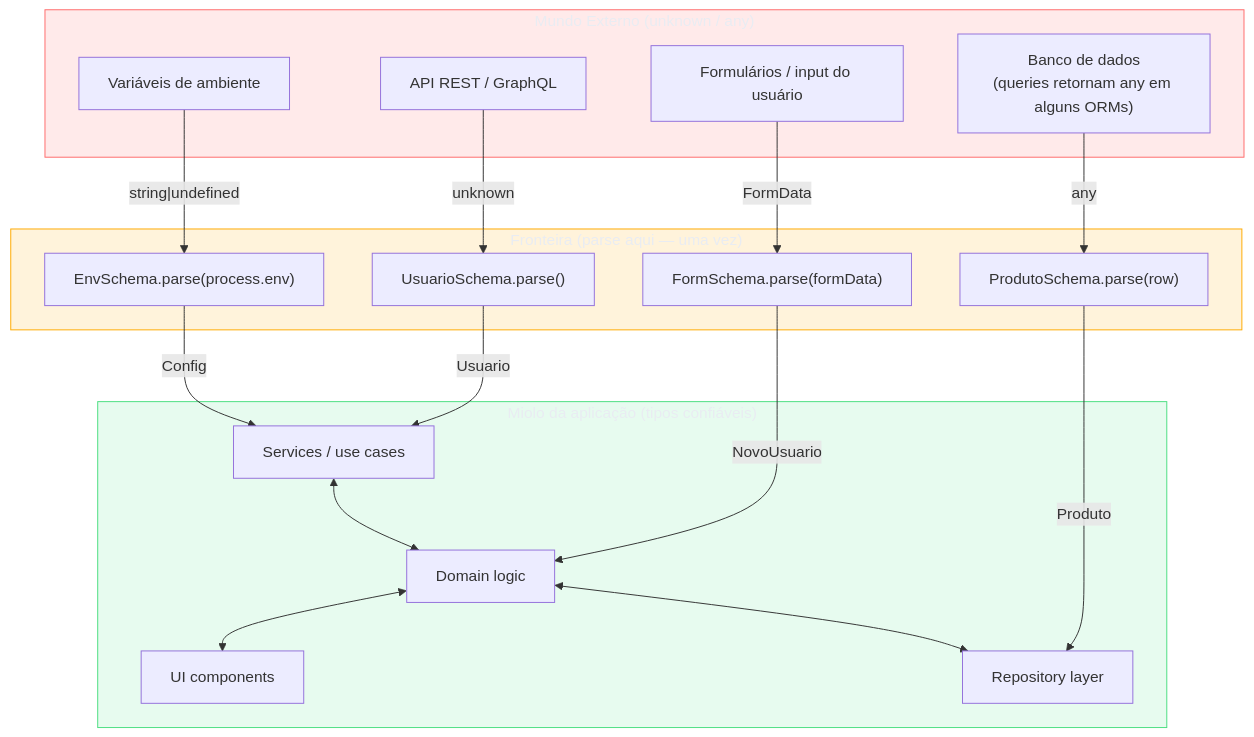
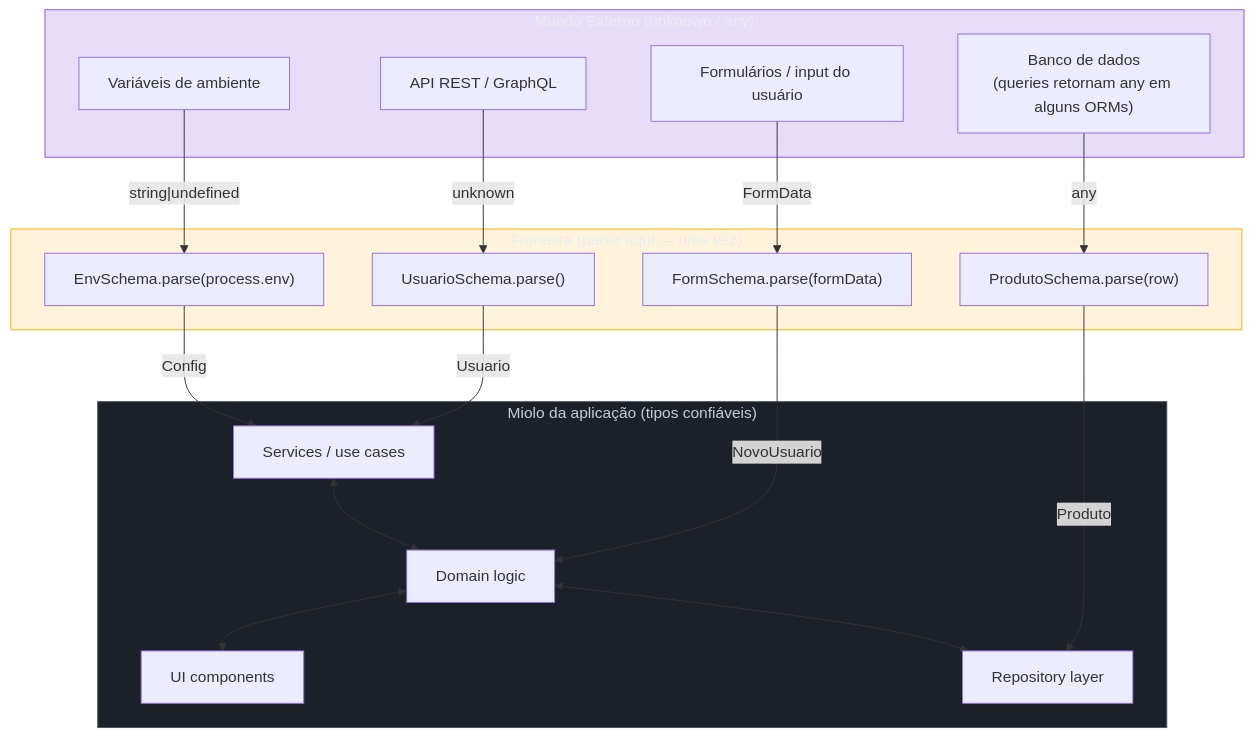
One commit to josenaldo/codex-technomanticus changed the fifth of 6 diagrams in 03-Dominios/Tecnologia/TypeScript/23 - A fronteira type↔runtime - parse, don't validate.md. Above: the diagram before and after it, drawn with Mermaid. The commit also changed other lines of this file and 601 other files, not shown here.

````diff
--- a/03-Dominios/Tecnologia/TypeScript/23 - A fronteira type↔runtime - parse, don't validate.md
+++ b/03-Dominios/Tecnologia/TypeScript/23 - A fronteira type↔runtime - parse, don't validate.md
@@ -511,39 +511,39 @@
 ```mermaid
 flowchart TB
+    classDef marca fill:#8855DF33,stroke:#8855DF,color:#E9ECF2
+    classDef neutro fill:#1B2029,stroke:#4E5666,color:#C6CCD8
     classDef destaque fill:#FFAA0024,stroke:#FFAA00,color:#E9ECF2
-    classDef ok fill:#4ADE8021,stroke:#4ADE80,color:#E9ECF2
-    classDef falha fill:#FF6B6B24,stroke:#FF6B6B,color:#E9ECF2
     subgraph Externo["Mundo Externo (unknown / any)"]
         API["API REST / GraphQL"]
         ENV["Variáveis de ambiente"]
         DB["Banco de dados\n(queries retornam any em alguns ORMs)"]
         FORM["Formulários / input do usuário"]
     end
 
     subgraph Fronteira["Fronteira (parse aqui — uma vez)"]
         P1["UsuarioSchema.parse()"]
         P2["EnvSchema.parse(process.env)"]
         P3["ProdutoSchema.parse(row)"]
         P4["FormSchema.parse(formData)"]
     end
 
     subgraph Miolo["Miolo da aplicação (tipos confiáveis)"]
         S1["Services / use cases"]
         S2["Domain logic"]
         S3["UI components"]
         S4["Repository layer"]
     end
 
     API -->|"unknown"| P1 -->|"Usuario"| S1
     ENV -->|"string|undefined"| P2 -->|"Config"| S1
     DB -->|"any"| P3 -->|"Produto"| S4
     FORM -->|"FormData"| P4 -->|"NovoUsuario"| S2
 
     S1 <--> S2
     S2 <--> S3
     S2 <--> S4
 
     class Fronteira destaque
-    class Miolo ok
-    class Externo falha
+    class Miolo neutro
+    class Externo marca
 ```
````
